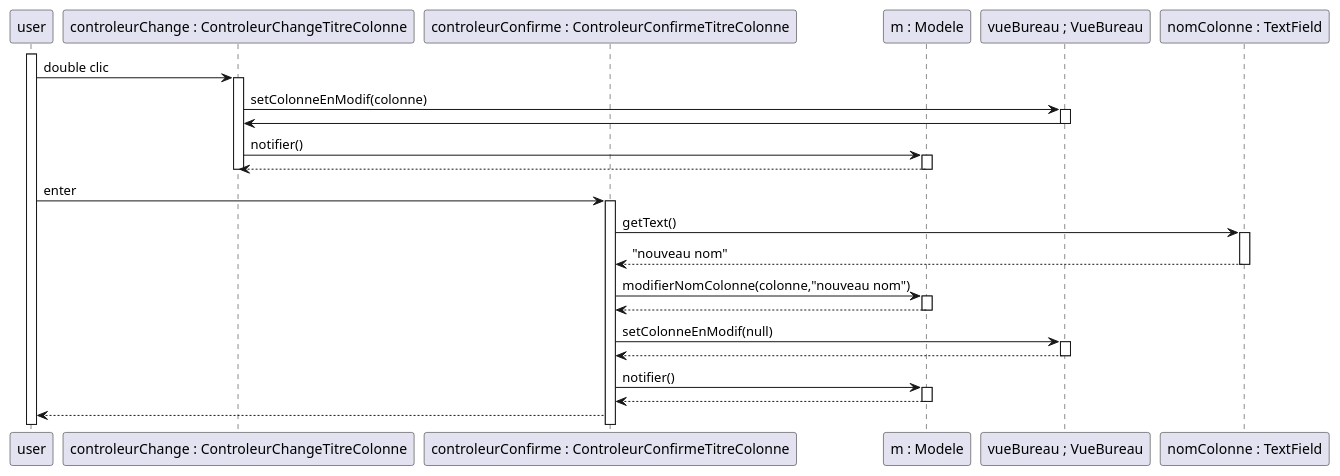
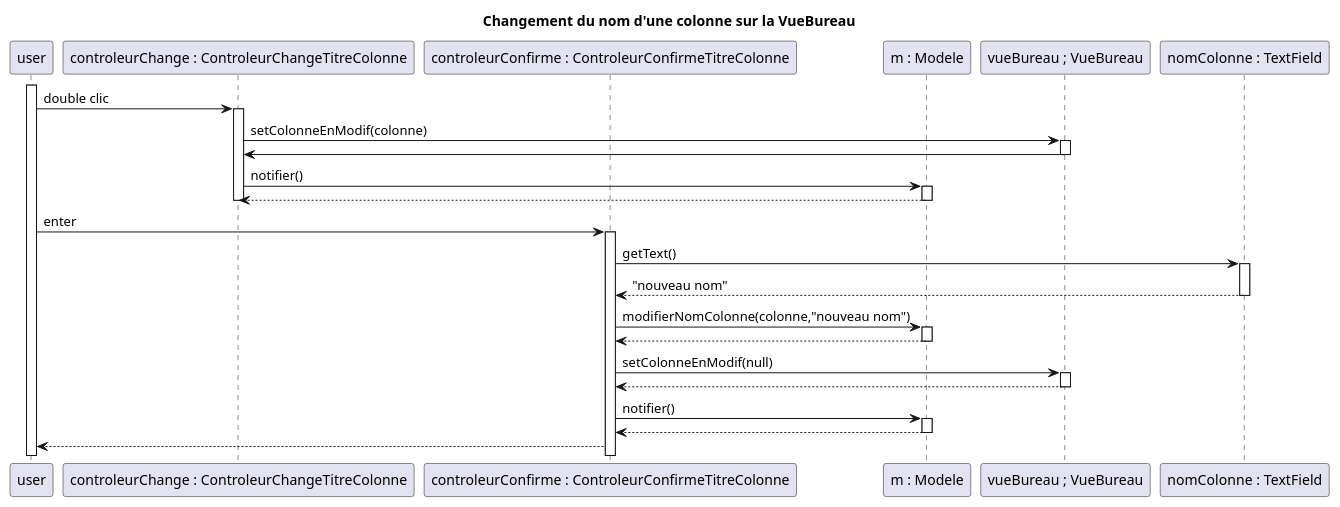
Before and after one commit to AlexanderCARNET/SAE_3_01_dev_application: the diagram in Ollert_QDEV/diagrammes/iteration3/DiagrammeChangerNomColonneVueBureau.puml, drawn with PlantUML. The commit also changed 1 other file, not shown here.

Commit message:
[UPDATE] ajout de titres sur diagrammes de classe d'ajout de colonne et de modification du nom de colonne

```diff
--- a/Ollert_QDEV/diagrammes/iteration3/DiagrammeChangerNomColonneVueBureau.puml
+++ b/Ollert_QDEV/diagrammes/iteration3/DiagrammeChangerNomColonneVueBureau.puml
@@ -1,47 +1,49 @@
 @startuml
 'https://plantuml.com/sequence-diagram
+
+title Changement du nom d'une colonne sur la VueBureau
 
 participant user
 participant "controleurChange : ControleurChangeTitreColonne" as CChange
 participant "controleurConfirme : ControleurConfirmeTitreColonne" as CConfirme
 participant "m : Modele" as m
 participant "vueBureau ; VueBureau" as VB
 participant "nomColonne : TextField" as t
 
 activate user
 user -> CChange : double clic
 activate CChange
 CChange -> VB : setColonneEnModif(colonne)
 activate VB
 VB -> CChange
 deactivate VB
 CChange -> m : notifier()
 activate m
 m --> CChange
 deactivate m
 deactivate CChange
 
 user -> CConfirme : enter
 activate CConfirme
 
 CConfirme -> t : getText()
 activate t
 t --> CConfirme : "nouveau nom"
 deactivate t
 
 CConfirme -> m : modifierNomColonne(colonne,"nouveau nom")
 activate m
 m--> CConfirme
 deactivate m
 CConfirme -> VB : setColonneEnModif(null)
 activate VB
 VB --> CConfirme
 deactivate VB
 CConfirme -> m : notifier()
 activate m
 m--> CConfirme
 deactivate m
 CConfirme --> user
 
 
 @enduml
```
